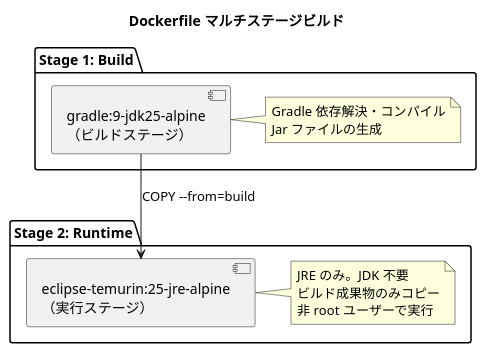
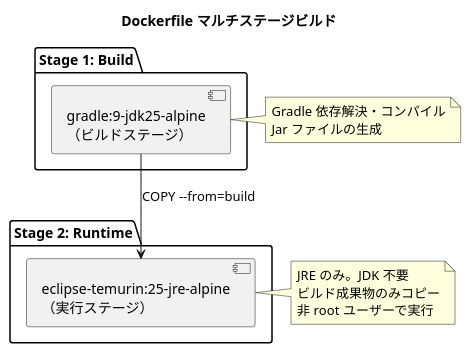
One commit to k2works/case-study-cargo-tracker changed the second of 8 diagrams in docs/design/architecture_infrastructure.md. Above: the diagram before and after it, drawn with PlantUML. The commit also changed other lines of this file and 1 other file, not shown here.

First line of the commit message:
fix(design): PlantUML シンタックスエラーを修正

````diff
--- a/docs/design/architecture_infrastructure.md
+++ b/docs/design/architecture_infrastructure.md
@@ -80,18 +80,19 @@
 ```plantuml
 @startuml
 title Dockerfile マルチステージビルド
 
 package "Stage 1: Build" as build {
-  [gradle:9-jdk25-alpine\n（ビルドステージ）]
-  note right : Gradle 依存解決・コンパイル\nJar ファイルの生成
+  [gradle:9-jdk25-alpine\n（ビルドステージ）] as builder
 }
 
 package "Stage 2: Runtime" as runtime {
-  [eclipse-temurin:25-jre-alpine\n（実行ステージ）]
-  note right : JRE のみ。JDK 不要\nビルド成果物のみコピー\n非 root ユーザーで実行
+  [eclipse-temurin:25-jre-alpine\n（実行ステージ）] as runner
 }
 
-[gradle:9-jdk25-alpine\n（ビルドステージ）] --> [eclipse-temurin:25-jre-alpine\n（実行ステージ）] : COPY --from=build
+note right of builder : Gradle 依存解決・コンパイル\nJar ファイルの生成
+note right of runner : JRE のみ。JDK 不要\nビルド成果物のみコピー\n非 root ユーザーで実行
+
+builder --> runner : COPY --from=build
 
 @enduml
 ```
````
